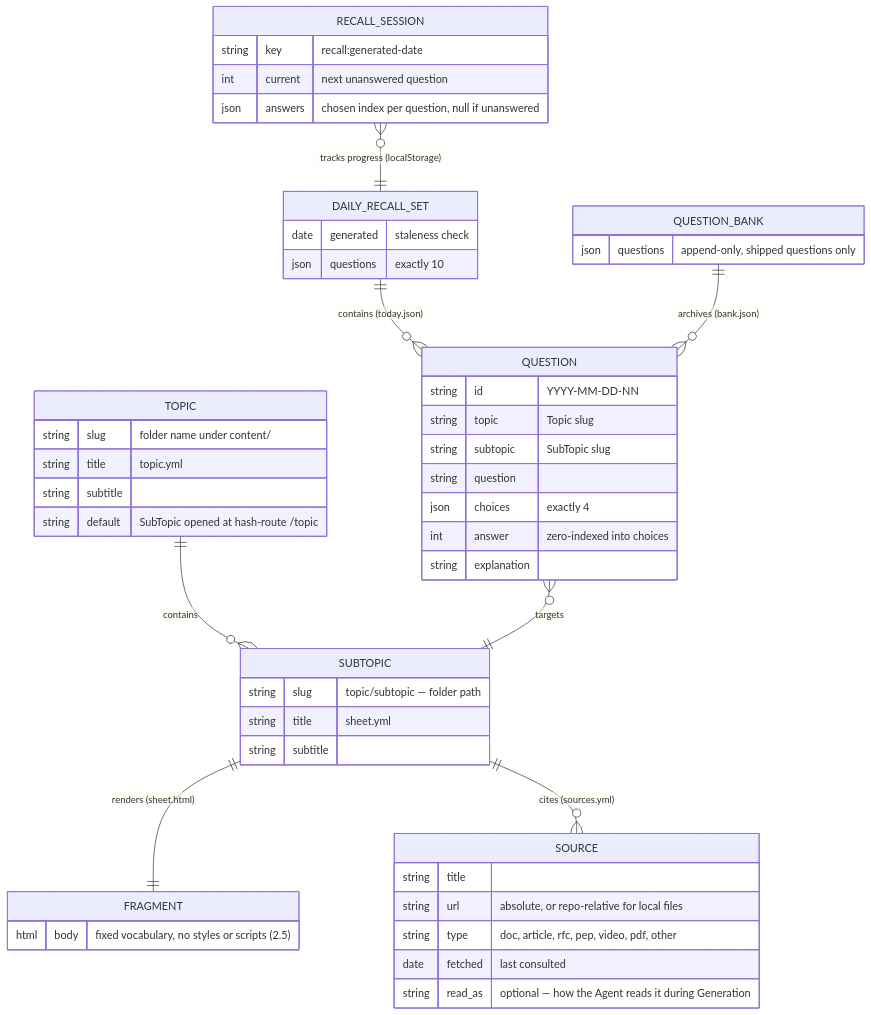
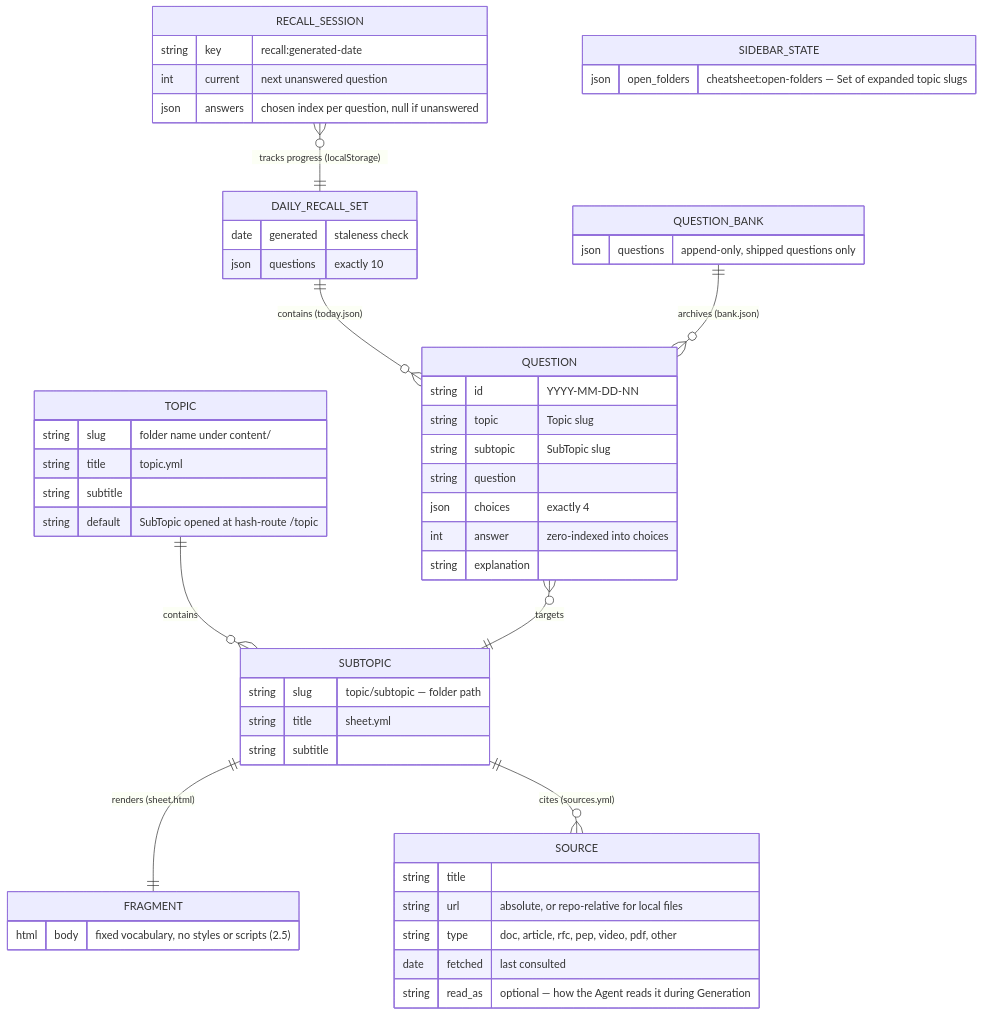
The second of 6 diagrams in docs/hldd/hldd.md (Povaz/cheatsheets), drawn with Mermaid before and after one commit. The commit also changed other lines of this file and 20 other files, not shown here.

````diff
--- a/docs/hldd/hldd.md
+++ b/docs/hldd/hldd.md
@@ -89,53 +89,56 @@
 ```mermaid
 erDiagram
     TOPIC ||--o{ SUBTOPIC : contains
     SUBTOPIC ||--|| FRAGMENT : "renders (sheet.html)"
     SUBTOPIC ||--o{ SOURCE : "cites (sources.yml)"
     DAILY_RECALL_SET ||--o{ QUESTION : "contains (today.json)"
     QUESTION_BANK ||--o{ QUESTION : "archives (bank.json)"
     QUESTION }o--|| SUBTOPIC : targets
     RECALL_SESSION }o--|| DAILY_RECALL_SET : "tracks progress (localStorage)"
 
     TOPIC {
         string slug "folder name under content/"
         string title "topic.yml"
         string subtitle
         string default "SubTopic opened at hash-route /topic"
     }
     SUBTOPIC {
         string slug "topic/subtopic — folder path"
         string title "sheet.yml"
         string subtitle
     }
     FRAGMENT {
         html body "fixed vocabulary, no styles or scripts (2.5)"
     }
     SOURCE {
         string title
         string url "absolute, or repo-relative for local files"
         string type "doc, article, rfc, pep, video, pdf, other"
         date fetched "last consulted"
         string read_as "optional — how the Agent reads it during Generation"
     }
     DAILY_RECALL_SET {
         date generated "staleness check"
         json questions "exactly 10"
     }
     QUESTION {
         string id "YYYY-MM-DD-NN"
         string topic "Topic slug"
         string subtopic "SubTopic slug"
         string question
         json choices "exactly 4"
         int answer "zero-indexed into choices"
         string explanation
     }
     QUESTION_BANK {
         json questions "append-only, shipped questions only"
     }
     RECALL_SESSION {
         string key "recall:generated-date"
         int current "next unanswered question"
         json answers "chosen index per question, null if unanswered"
     }
+    SIDEBAR_STATE {
+        json open_folders "cheatsheet:open-folders — Set of expanded topic slugs"
+    }
 ```
````
